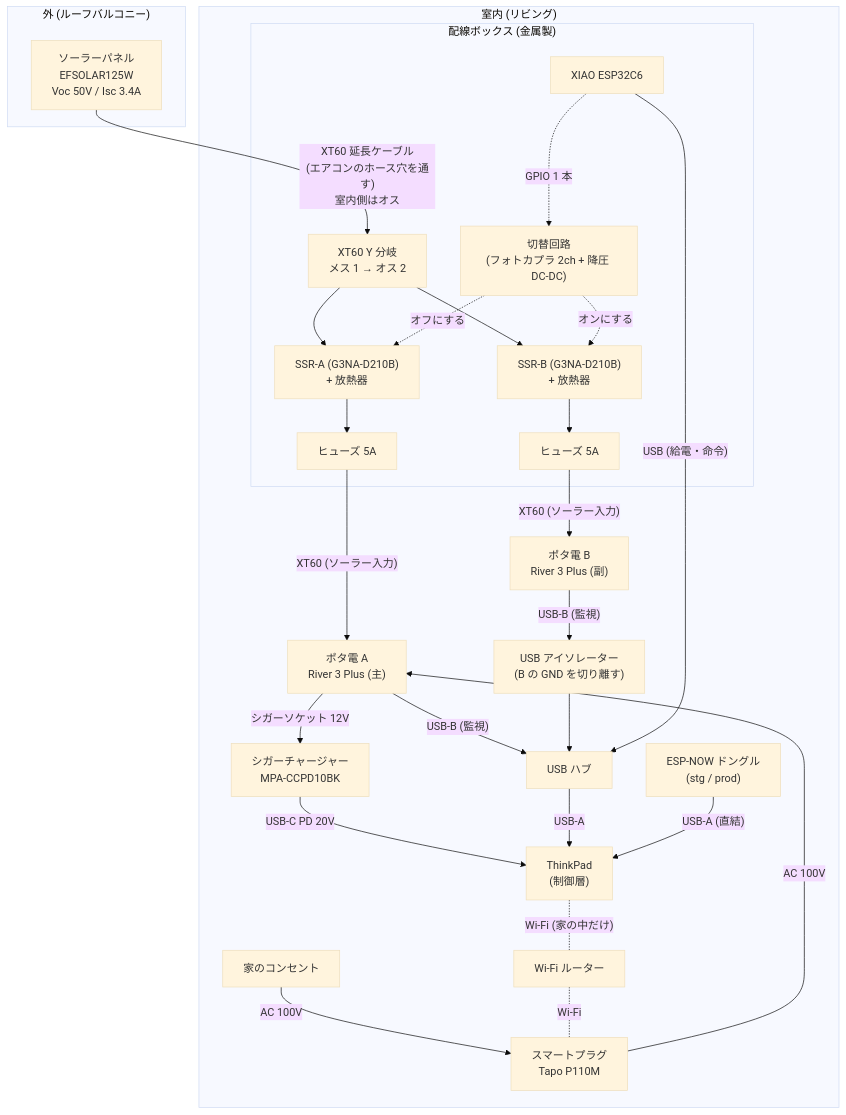
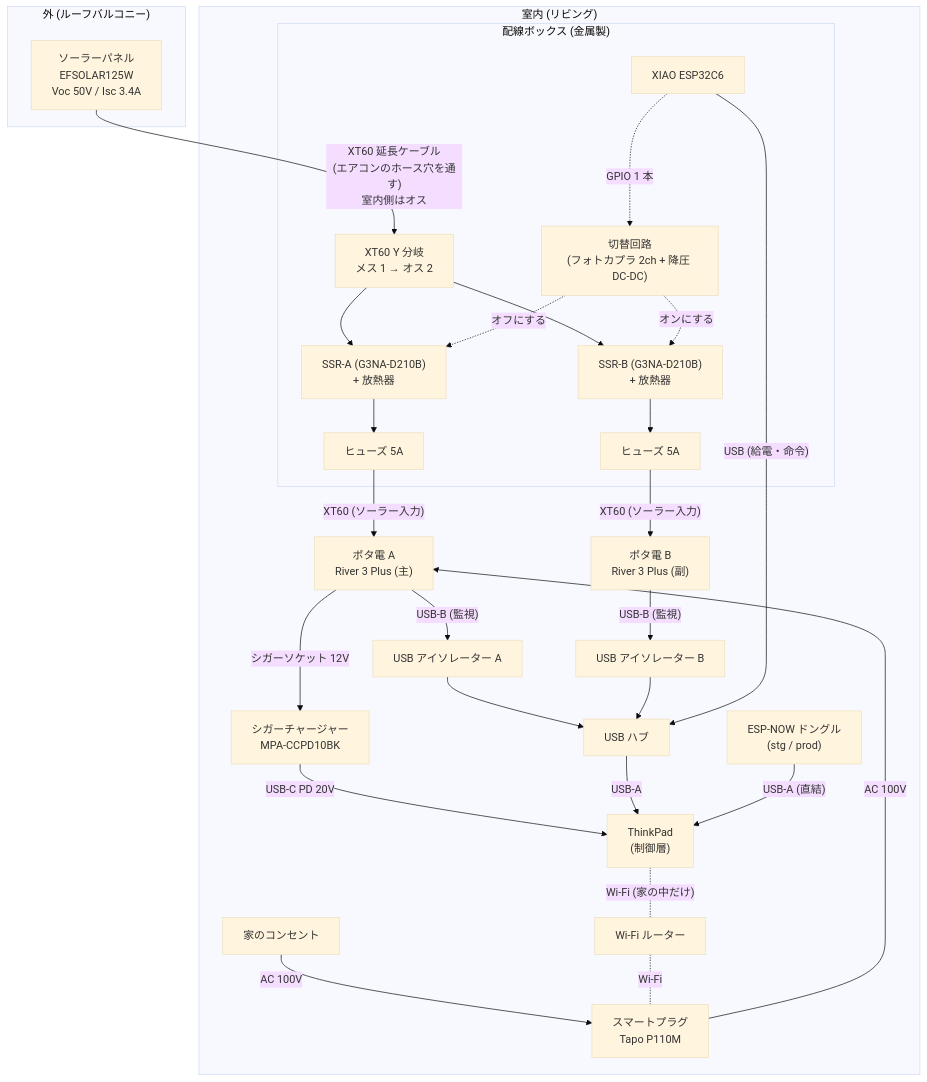
One commit to junkei-okinawa/FarmVerse changed the first of 2 diagrams in docs/3_PowerSystem/01_電源システム設計.md. Above: the diagram before and after it, drawn with Mermaid (base theme). The commit also changed other lines of this file, not shown here.

First line of the commit message:
docs(power): isolate A's monitoring USB too and make backflow diodes mandatory

````diff
--- a/docs/3_PowerSystem/01_電源システム設計.md
+++ b/docs/3_PowerSystem/01_電源システム設計.md
@@ -35,48 +35,49 @@
 ```mermaid
 flowchart TB
     subgraph OUT["外 (ルーフバルコニー)"]
         PV["ソーラーパネル<br/>EFSOLAR125W<br/>Voc 50V / Isc 3.4A"]
     end
 
     PV -- "XT60 延長ケーブル<br/>(エアコンのホース穴を通す)<br/>室内側はオス" --> Y
 
     subgraph IN["室内 (リビング)"]
         subgraph BOX["配線ボックス (金属製)"]
             Y["XT60 Y 分岐<br/>メス 1 → オス 2"]
             SSRA["SSR-A (G3NA-D210B)<br/>+ 放熱器"]
             SSRB["SSR-B (G3NA-D210B)<br/>+ 放熱器"]
             FA["ヒューズ 5A"]
             FB["ヒューズ 5A"]
             CTRL["切替回路<br/>(フォトカプラ 2ch + 降圧 DC-DC)"]
             ESP["XIAO ESP32C6"]
         end
 
         A["ポタ電 A<br/>River 3 Plus (主)"]
         B["ポタ電 B<br/>River 3 Plus (副)"]
         TP["ThinkPad<br/>(制御層)"]
         HUB["USB ハブ"]
-        ISO["USB アイソレーター<br/>(B の GND を切り離す)"]
+        ISOA["USB アイソレーター A"]
+        ISO["USB アイソレーター B"]
         CC["シガーチャージャー<br/>MPA-CCPD10BK"]
         P1["スマートプラグ<br/>Tapo P110M"]
         WALL["家のコンセント"]
         WIFI["Wi-Fi ルーター"]
         DONGLE["ESP-NOW ドングル<br/>(stg / prod)"]
     end
 
     Y --> SSRA --> FA -- "XT60 (ソーラー入力)" --> A
     Y --> SSRB --> FB -- "XT60 (ソーラー入力)" --> B
 
     A -- "シガーソケット 12V" --> CC -- "USB-C PD 20V" --> TP
     WALL -- "AC 100V" --> P1 -- "AC 100V" --> A
 
-    A -- "USB-B (監視)" --> HUB
+    A -- "USB-B (監視)" --> ISOA --> HUB
     B -- "USB-B (監視)" --> ISO --> HUB
     ESP -- "USB (給電・命令)" --> HUB
     HUB -- "USB-A" --> TP
     DONGLE -- "USB-A (直結)" --> TP
 
     ESP -. "GPIO 1 本" .-> CTRL
     CTRL -. "オフにする" .-> SSRA
     CTRL -. "オンにする" .-> SSRB
     TP -. "Wi-Fi (家の中だけ)" .- WIFI -. "Wi-Fi" .- P1
 ```
````
